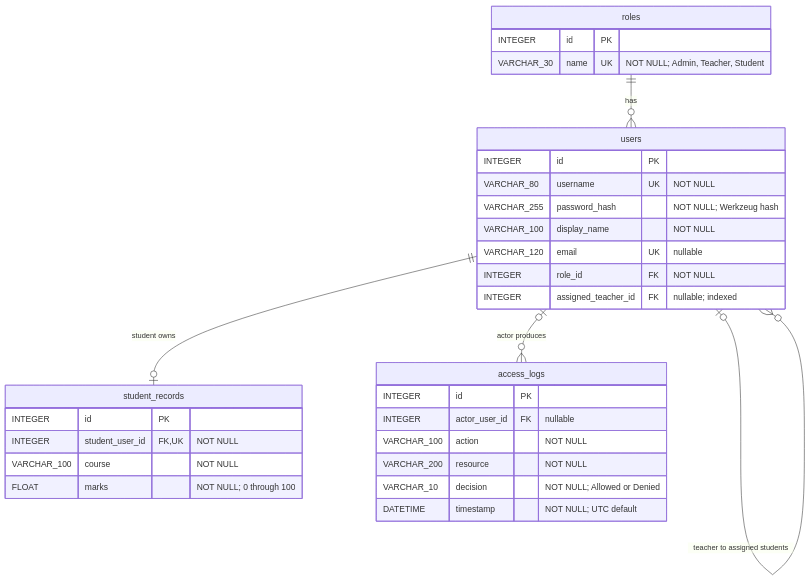
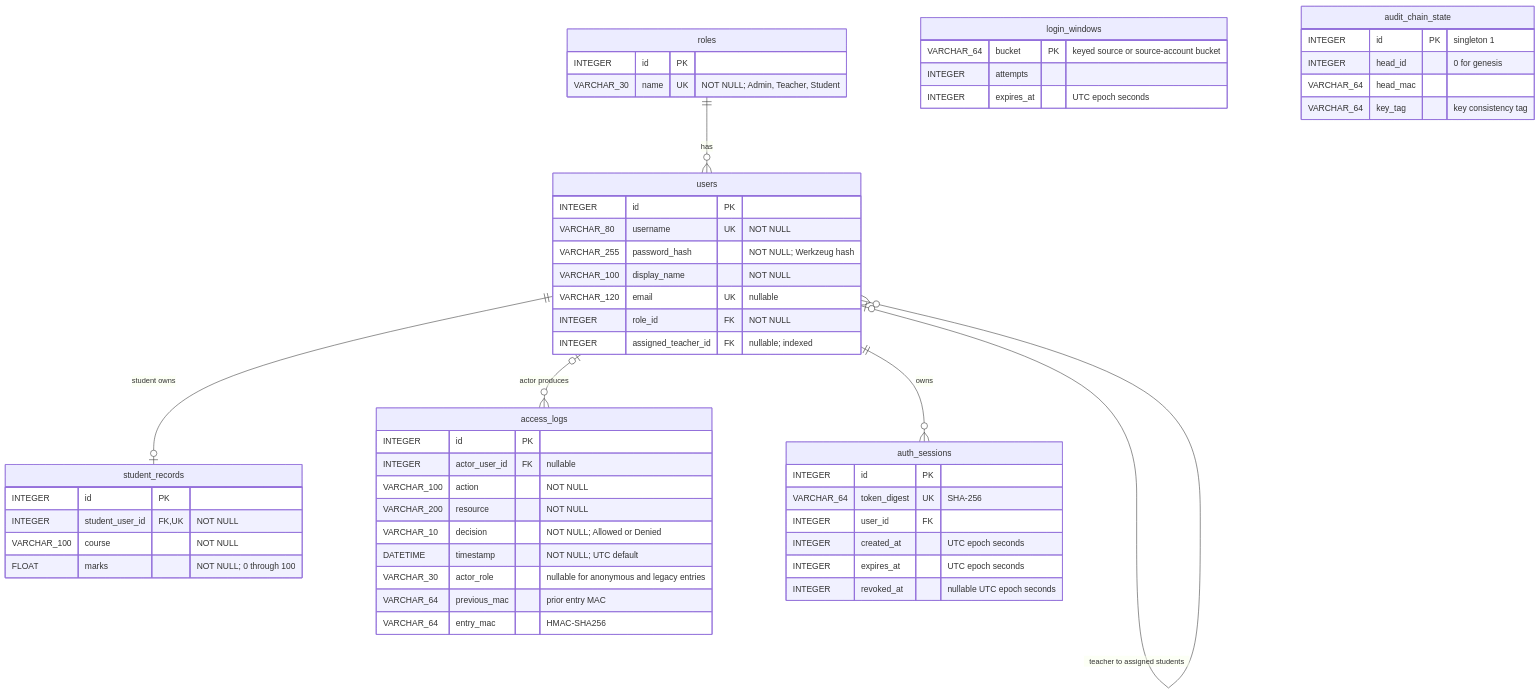
Before and after one commit to miglanisatvik989/SecureRole: the diagram in docs/diagrams/database-schema.md, drawn with Mermaid. The commit also changed other lines of this file and 30 other files, not shown here.

````diff
--- a/docs/diagrams/database-schema.md
+++ b/docs/diagrams/database-schema.md
@@ -6,35 +5,58 @@
 ```mermaid
 erDiagram
     roles ||--o{ users : "has"
     users |o--o{ users : "teacher to assigned students"
     users ||--o| student_records : "student owns"
     users |o--o{ access_logs : "actor produces"
+    users ||--o{ auth_sessions : "owns"
 
     roles {
         INTEGER id PK
         VARCHAR_30 name UK "NOT NULL; Admin, Teacher, Student"
     }
     users {
         INTEGER id PK
         VARCHAR_80 username UK "NOT NULL"
         VARCHAR_255 password_hash "NOT NULL; Werkzeug hash"
         VARCHAR_100 display_name "NOT NULL"
         VARCHAR_120 email UK "nullable"
         INTEGER role_id FK "NOT NULL"
         INTEGER assigned_teacher_id FK "nullable; indexed"
     }
     student_records {
         INTEGER id PK
         INTEGER student_user_id FK,UK "NOT NULL"
         VARCHAR_100 course "NOT NULL"
         FLOAT marks "NOT NULL; 0 through 100"
     }
     access_logs {
         INTEGER id PK
         INTEGER actor_user_id FK "nullable"
         VARCHAR_100 action "NOT NULL"
         VARCHAR_200 resource "NOT NULL"
         VARCHAR_10 decision "NOT NULL; Allowed or Denied"
         DATETIME timestamp "NOT NULL; UTC default"
+        VARCHAR_30 actor_role "nullable for anonymous and legacy entries"
+        VARCHAR_64 previous_mac "prior entry MAC"
+        VARCHAR_64 entry_mac "HMAC-SHA256"
+    }
+    auth_sessions {
+        INTEGER id PK
+        VARCHAR_64 token_digest UK "SHA-256"
+        INTEGER user_id FK
+        INTEGER created_at "UTC epoch seconds"
+        INTEGER expires_at "UTC epoch seconds"
+        INTEGER revoked_at "nullable UTC epoch seconds"
+    }
+    login_windows {
+        VARCHAR_64 bucket PK "keyed source or source-account bucket"
+        INTEGER attempts
+        INTEGER expires_at "UTC epoch seconds"
+    }
+    audit_chain_state {
+        INTEGER id PK "singleton 1"
+        INTEGER head_id "0 for genesis"
+        VARCHAR_64 head_mac
+        VARCHAR_64 key_tag "key consistency tag"
     }
 ```
````
